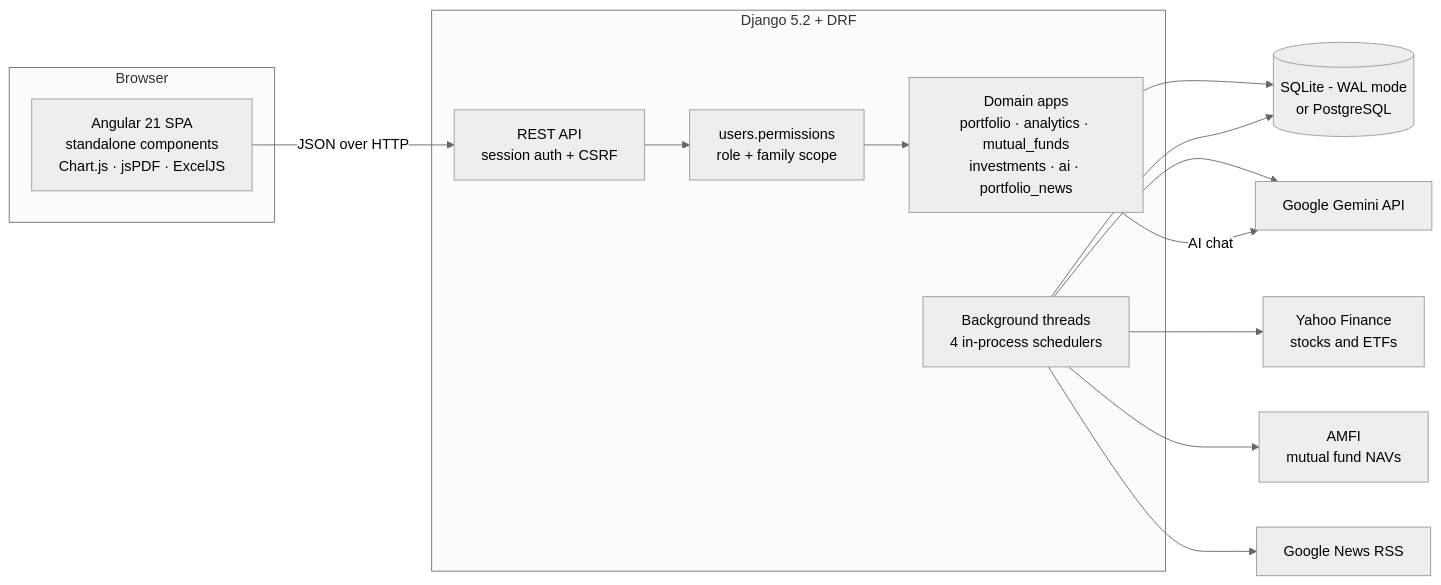
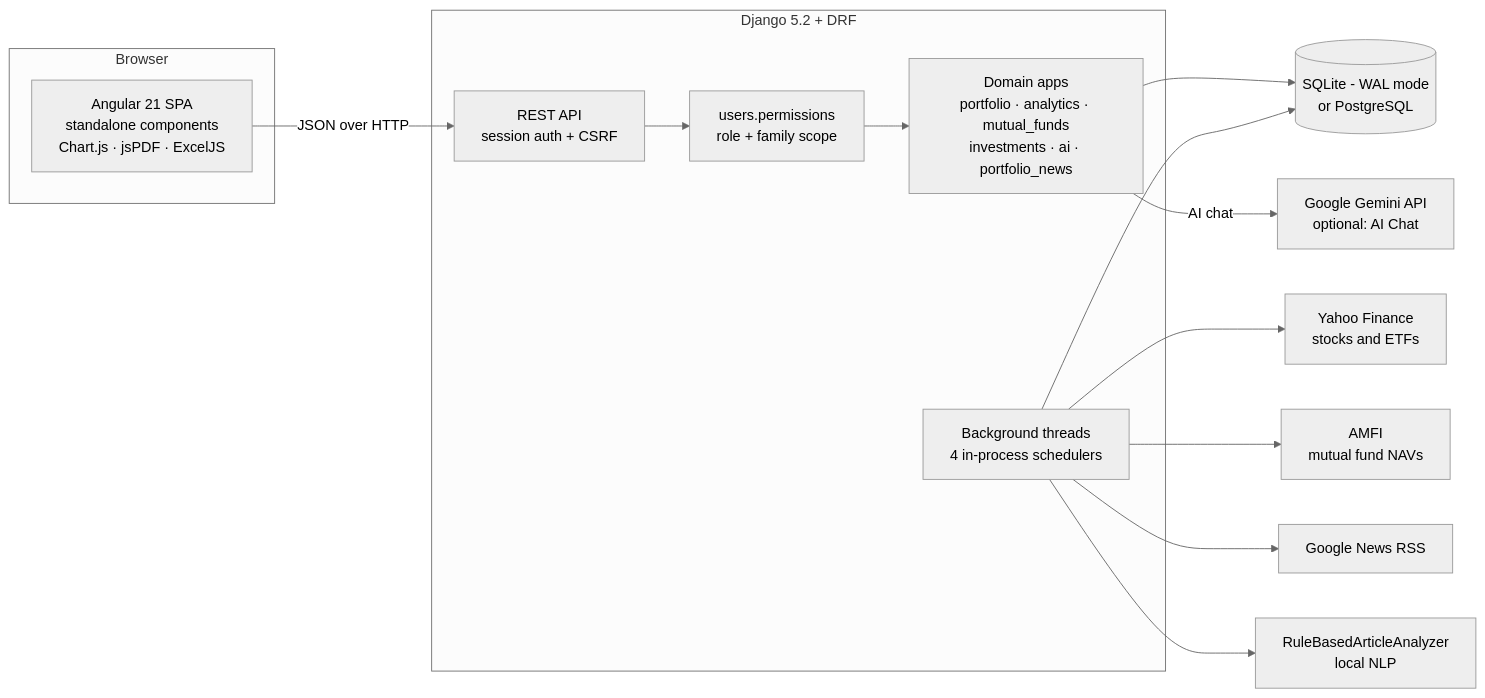
Before and after one commit to avviiiral/Personal_Wealth_Monitoring_System: the first of 7 diagrams in README.md, drawn with Mermaid (neutral theme). The commit also changed other lines of this file, not shown here.

Commit message:
Update portfolio news documentation for local NLP

````diff
--- a/README.md
+++ b/README.md
@@ -481,28 +482,29 @@
 ```mermaid
 flowchart LR
     subgraph Client["Browser"]
         UI["Angular 21 SPA<br/>standalone components<br/>Chart.js · jsPDF · ExcelJS"]
     end
 
     subgraph Server["Django 5.2 + DRF"]
         API["REST API<br/>session auth + CSRF"]
         RBAC["users.permissions<br/>role + family scope"]
         APPS["Domain apps<br/>portfolio · analytics · mutual_funds<br/>investments · ai · portfolio_news"]
         SCH["Background threads<br/>4 in-process schedulers"]
     end
 
     DB[("SQLite - WAL mode<br/>or PostgreSQL")]
     YF["Yahoo Finance<br/>stocks and ETFs"]
     AMFI["AMFI<br/>mutual fund NAVs"]
     GN["Google News RSS"]
-    GEM["Google Gemini API"]
+    GEM["Google Gemini API<br/>optional: AI Chat"]
+    NLG["RuleBasedArticleAnalyzer<br/>local NLP"]
 
     UI -->|"JSON over HTTP"| API
     API --> RBAC --> APPS --> DB
     SCH --> DB
     SCH --> YF
     SCH --> AMFI
     SCH --> GN
-    SCH --> GEM
+    SCH --> NLG
     APPS -->|"AI chat"| GEM
 ```
````
